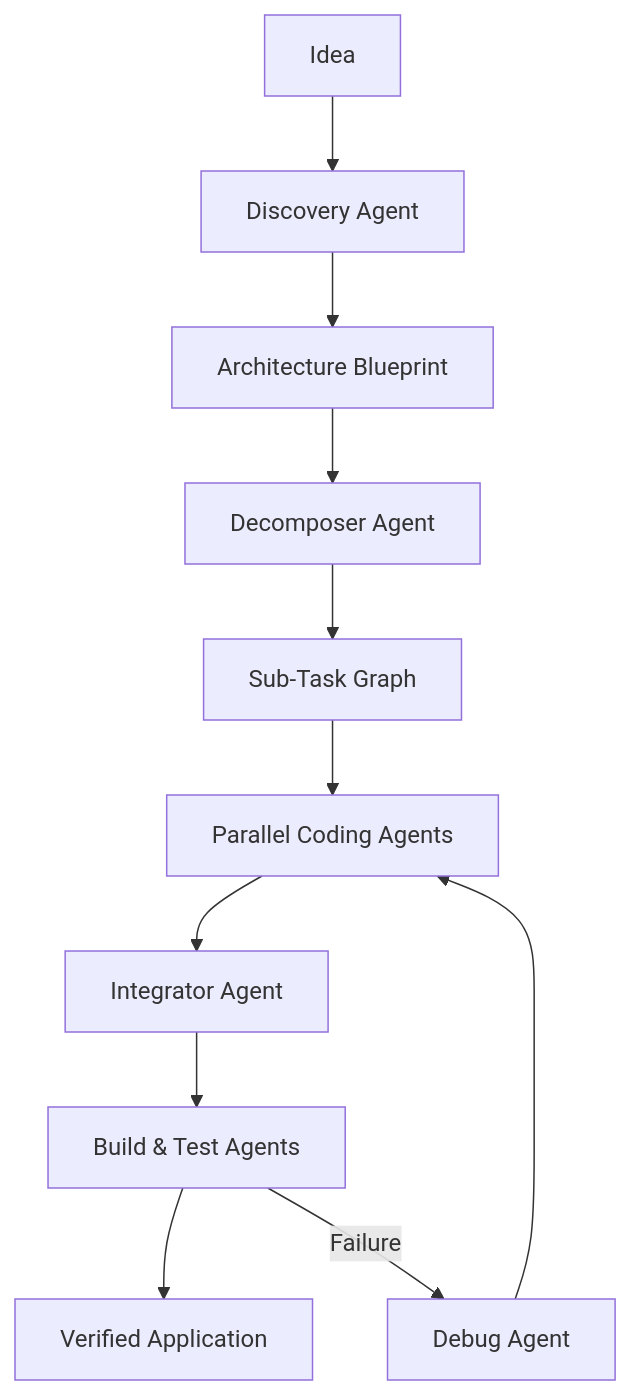
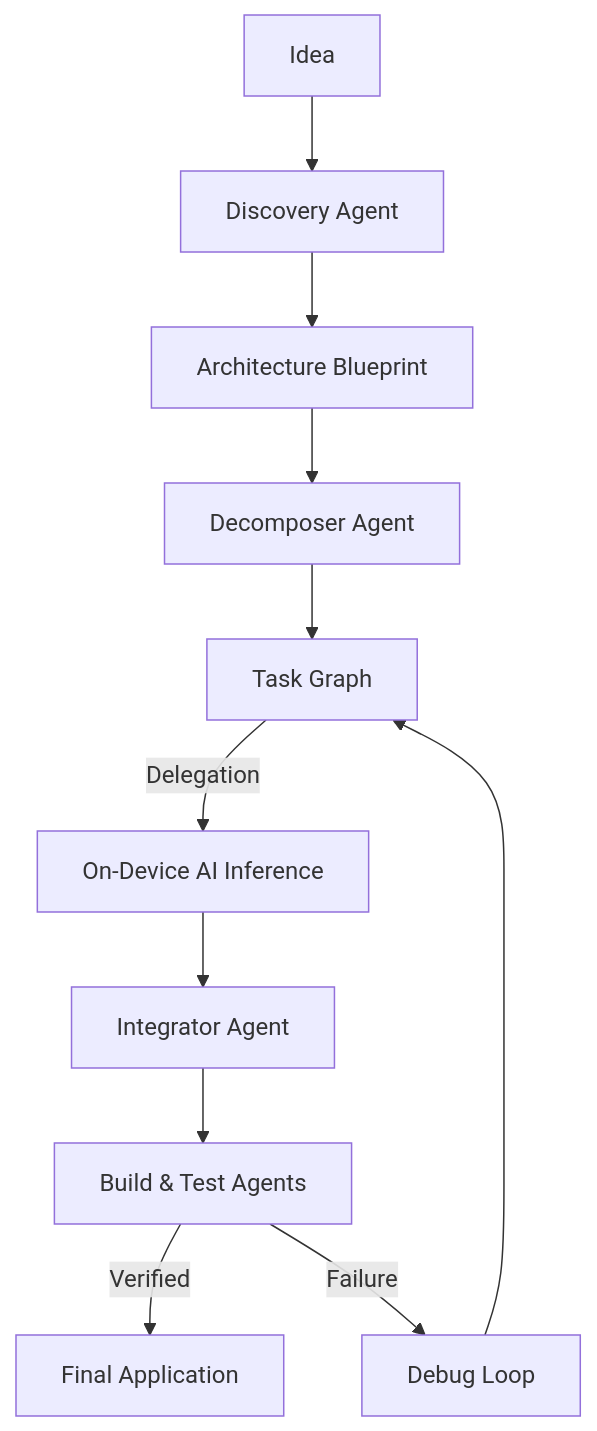
The diagram in README.md (shubham230523/kindle), drawn with Mermaid before and after one commit. The commit also changed other lines of this file, not shown here.

Commit message:
docs: update README to accurately reflect modern multi-agent architecture and on-device AI integration

````diff
--- a/README.md
+++ b/README.md
@@ -40,13 +42,13 @@
 ```mermaid
 graph TD
     A[Idea] --> B[Discovery Agent]
     B --> C[Architecture Blueprint]
     C --> D[Decomposer Agent]
-    D --> E[Sub-Task Graph]
-    E --> F[Parallel Coding Agents]
+    D --> E[Task Graph]
+    E -- Delegation --> F[On-Device AI Inference]
     F --> G[Integrator Agent]
     G --> H[Build & Test Agents]
-    H --> I[Verified Application]
-    H -- Failure --> J[Debug Agent]
-    J --> F
+    H -- Verified --> I[Final Application]
+    H -- Failure --> J[Debug Loop]
+    J --> E
 ```
````
